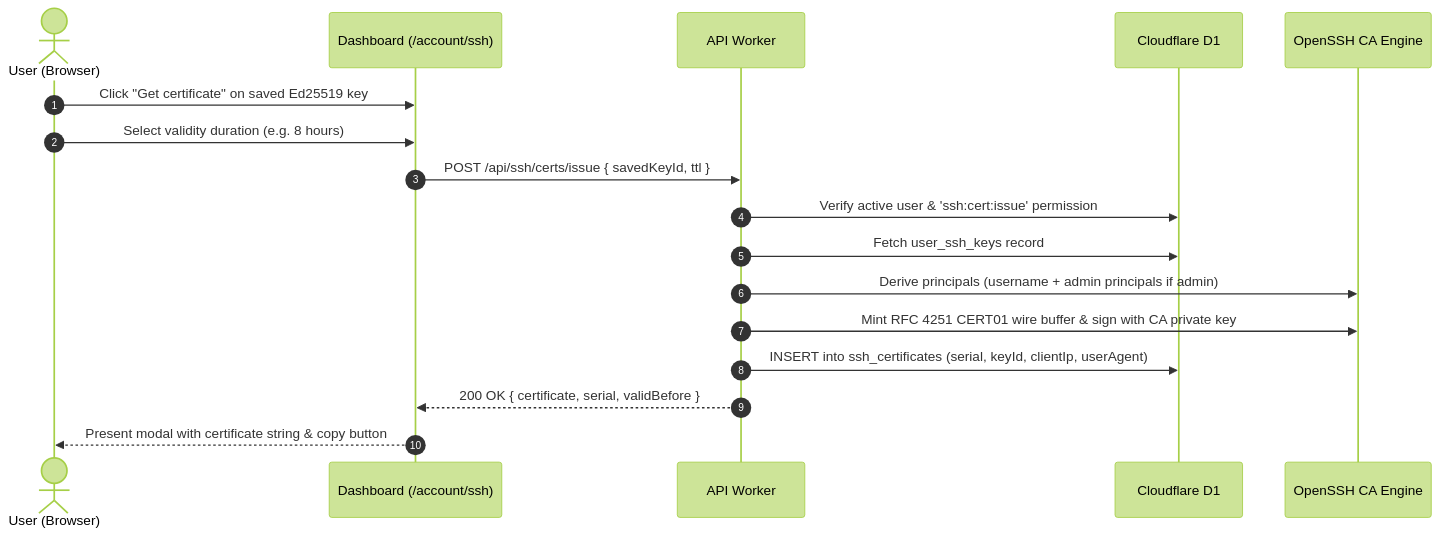
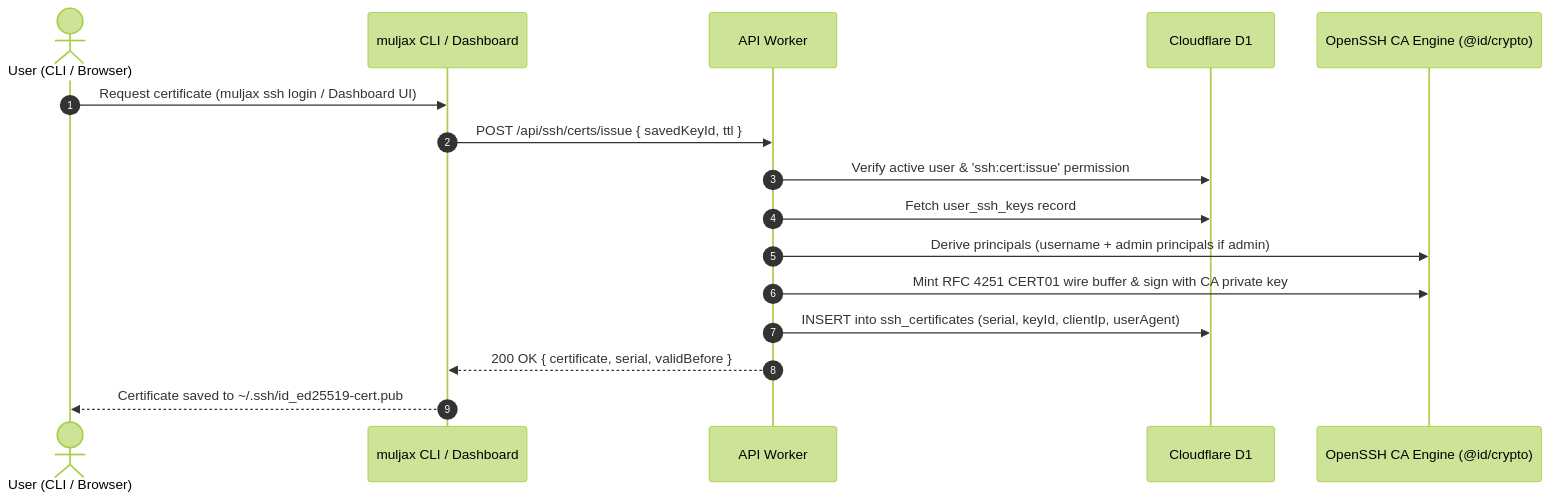
The diagram in apps/docs/src/content/docs/user-guides/ssh-certificates.mdx (Muljax/id), drawn with Mermaid (forest theme) before and after one commit. The commit also changed other lines of this file and 5 other files, not shown here.

First line of the commit message:
docs: update architecture, wire library, and CLI guides

````diff
--- a/apps/docs/src/content/docs/user-guides/ssh-certificates.mdx
+++ b/apps/docs/src/content/docs/user-guides/ssh-certificates.mdx
@@ -12,20 +12,19 @@
 ```mermaid title="User SSH Certificate Issuance Ceremony"
 sequenceDiagram
     autonumber
-    actor User as User (Browser)
-    participant UI as Dashboard (/account/ssh)
+    actor User as User (CLI / Browser)
+    participant Client as muljax CLI / Dashboard
     participant API as API Worker
     participant DB as Cloudflare D1
-    participant CA as OpenSSH CA Engine
+    participant CA as OpenSSH CA Engine (@id/crypto)
 
-    User->>UI: Click "Get certificate" on saved Ed25519 key
-    User->>UI: Select validity duration (e.g. 8 hours)
-    UI->>API: POST /api/ssh/certs/issue { savedKeyId, ttl }
+    User->>Client: Request certificate (muljax ssh login / Dashboard UI)
+    Client->>API: POST /api/ssh/certs/issue { savedKeyId, ttl }
     API->>DB: Verify active user & 'ssh:cert:issue' permission
     API->>DB: Fetch user_ssh_keys record
     API->>CA: Derive principals (username + admin principals if admin)
     API->>CA: Mint RFC 4251 CERT01 wire buffer & sign with CA private key
     API->>DB: INSERT into ssh_certificates (serial, keyId, clientIp, userAgent)
-    API-->>UI: 200 OK { certificate, serial, validBefore }
-    UI-->>User: Present modal with certificate string & copy button
+    API-->>Client: 200 OK { certificate, serial, validBefore }
+    Client-->>User: Certificate saved to ~/.ssh/id_ed25519-cert.pub
 ```
````
